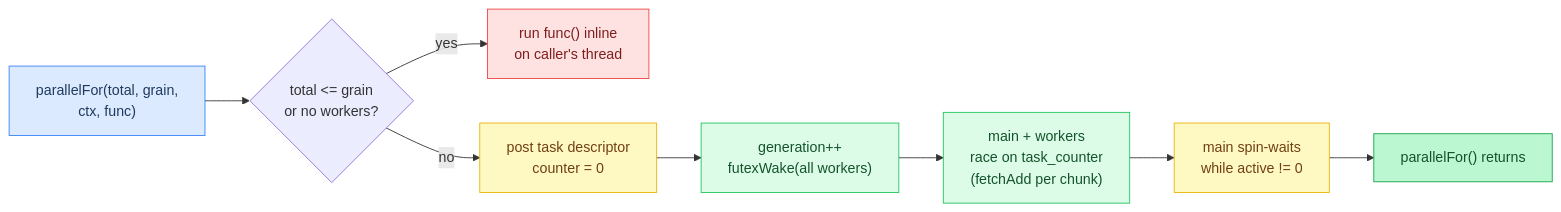
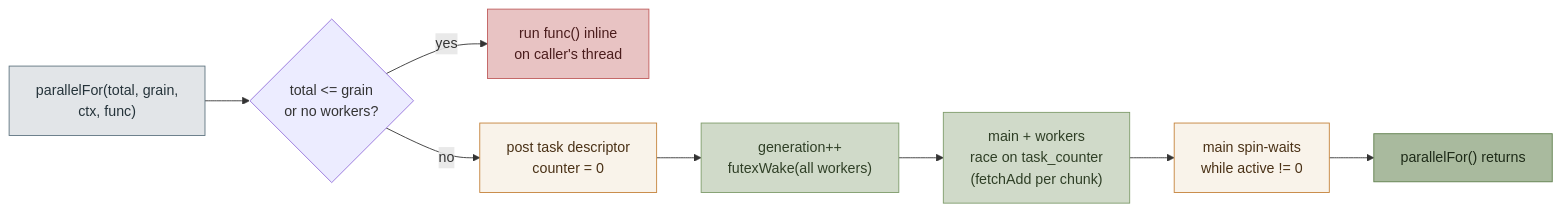
One commit to maci0/agave changed the first of 8 diagrams in docs/tutorial/12-cpu-parallelism.md. Above: the diagram before and after it, drawn with Mermaid. The commit also changed other lines of this file and 198 other files, not shown here.

Commit message:
docs: re-theme diagram palette to the product ink ramp

````diff
--- a/docs/tutorial/12-cpu-parallelism.md
+++ b/docs/tutorial/12-cpu-parallelism.md
@@ -15,21 +15,21 @@
 ```mermaid
 flowchart LR
-    classDef setup     fill:#dbeafe,stroke:#3b82f6,color:#1e3a5f
-    classDef sync      fill:#dcfce7,stroke:#22c55e,color:#14532d
-    classDef migration fill:#fef9c3,stroke:#eab308,color:#713f12
-    classDef success   fill:#bbf7d0,stroke:#16a34a,color:#14532d
-    classDef danger    fill:#fee2e2,stroke:#ef4444,color:#7f1d1d
+    classDef setup     fill:#e2e5e8,stroke:#5f7480,color:#25333a
+    classDef sync      fill:#d0dac9,stroke:#7d9b6a,color:#2f3f26
+    classDef migration fill:#f9f3ea,stroke:#c4823a,color:#4a3116
+    classDef success   fill:#a9ba9e,stroke:#5f7f4c,color:#1e2b18
+    classDef danger    fill:#e8c3c3,stroke:#c05c5c,color:#4a1c1c
 
     Call["parallelFor(total, grain,\nctx, func)"]:::setup
     Small{"total <= grain\nor no workers?"}
     Inline["run func() inline\non caller's thread"]:::danger
     Post["post task descriptor\ncounter = 0"]:::migration
     Wake["generation++\nfutexWake(all workers)"]:::sync
     Race["main + workers\nrace on task_counter\n(fetchAdd per chunk)"]:::sync
     Spin["main spin-waits\nwhile active != 0"]:::migration
     Done["parallelFor() returns"]:::success
 
     Call --> Small
     Small -- "yes" --> Inline
     Small -- "no" --> Post --> Wake --> Race --> Spin --> Done
 ```
````
